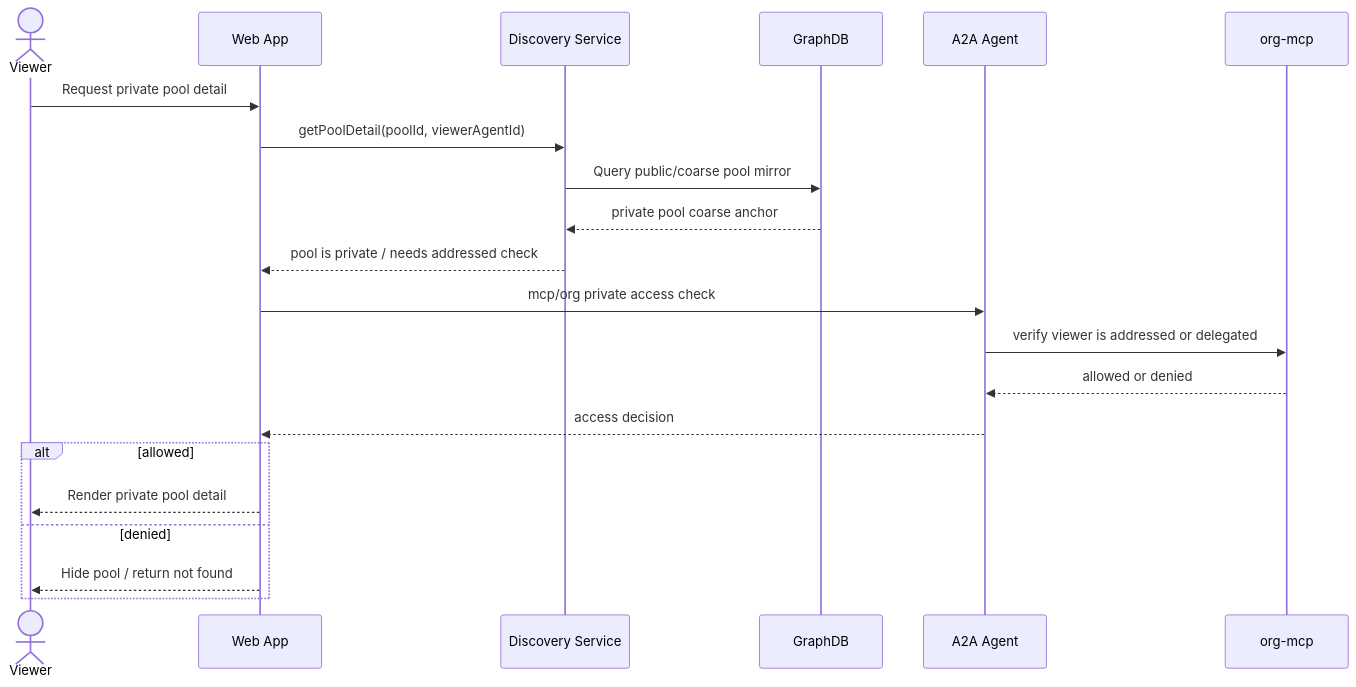
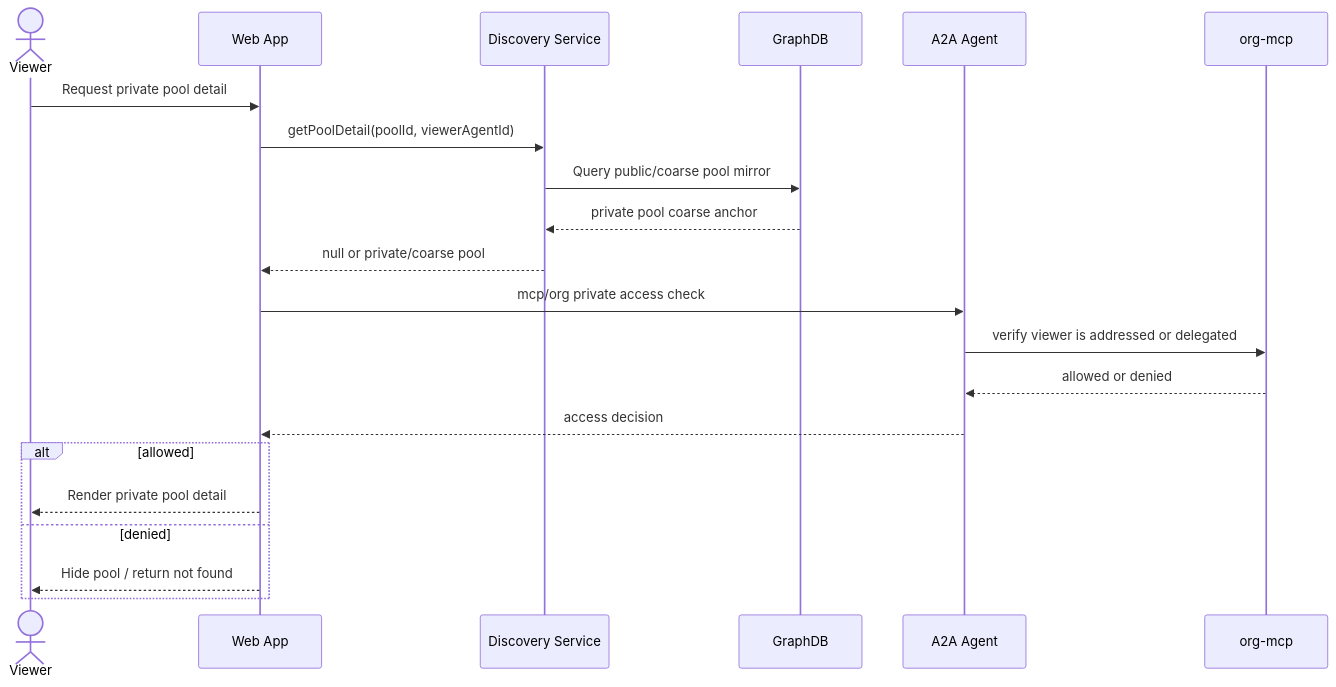
Before and after one commit to agentictrustlabs/smart-agent: the fifth of 6 diagrams in docs/information-architecture/14-pool-creation-access-architecture.md, drawn with Mermaid. The commit also changed other lines of this file and 212 other files, not shown here.

Commit message:
updated to new delegation architecture

````diff
--- a/docs/information-architecture/14-pool-creation-access-architecture.md
+++ b/docs/information-architecture/14-pool-creation-access-architecture.md
@@ -193,24 +243,24 @@
 ```mermaid
 sequenceDiagram
     actor Viewer
     participant Web as Web App
     participant Discovery as Discovery Service
     participant GDB as GraphDB
     participant A2A as A2A Agent
     participant OrgMcp as org-mcp
 
     Viewer->>Web: Request private pool detail
     Web->>Discovery: getPoolDetail(poolId, viewerAgentId)
     Discovery->>GDB: Query public/coarse pool mirror
     GDB-->>Discovery: private pool coarse anchor
-    Discovery-->>Web: pool is private / needs addressed check
+    Discovery-->>Web: null or private/coarse pool
     Web->>A2A: mcp/org private access check
     A2A->>OrgMcp: verify viewer is addressed or delegated
     OrgMcp-->>A2A: allowed or denied
     A2A-->>Web: access decision
     alt allowed
         Web-->>Viewer: Render private pool detail
     else denied
         Web-->>Viewer: Hide pool / return not found
     end
 ```
````
